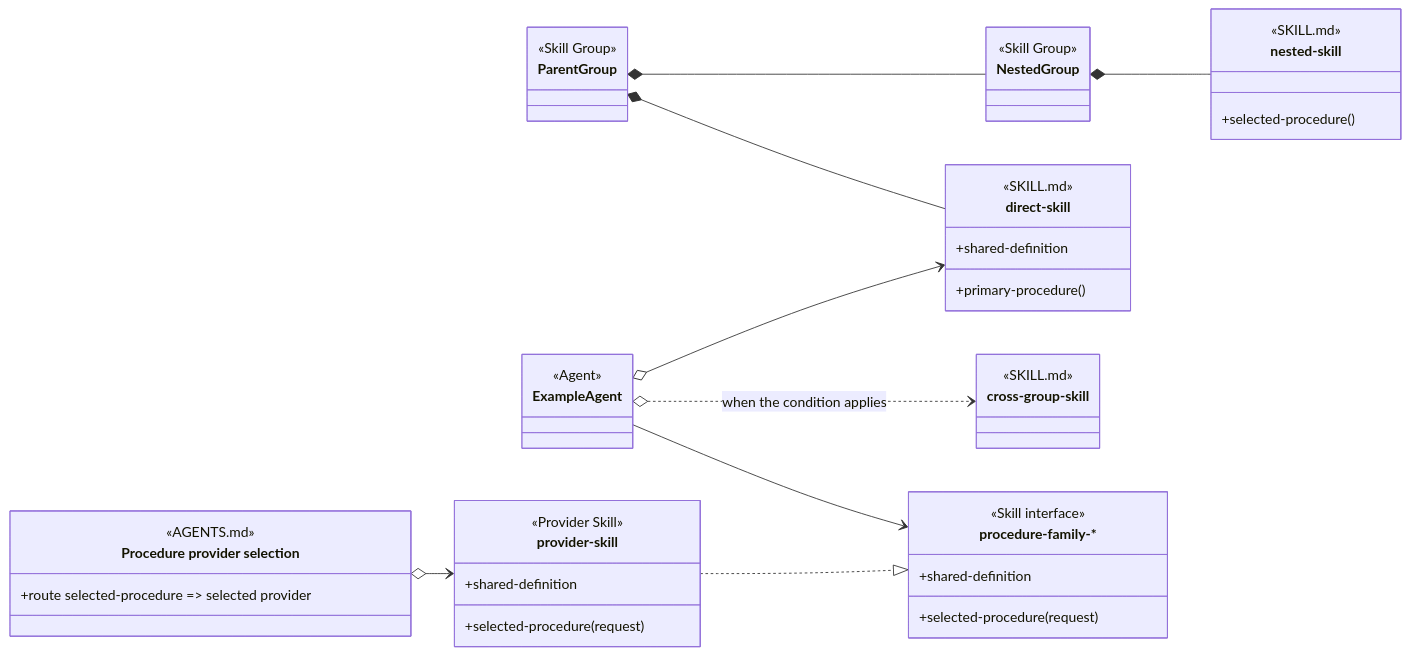
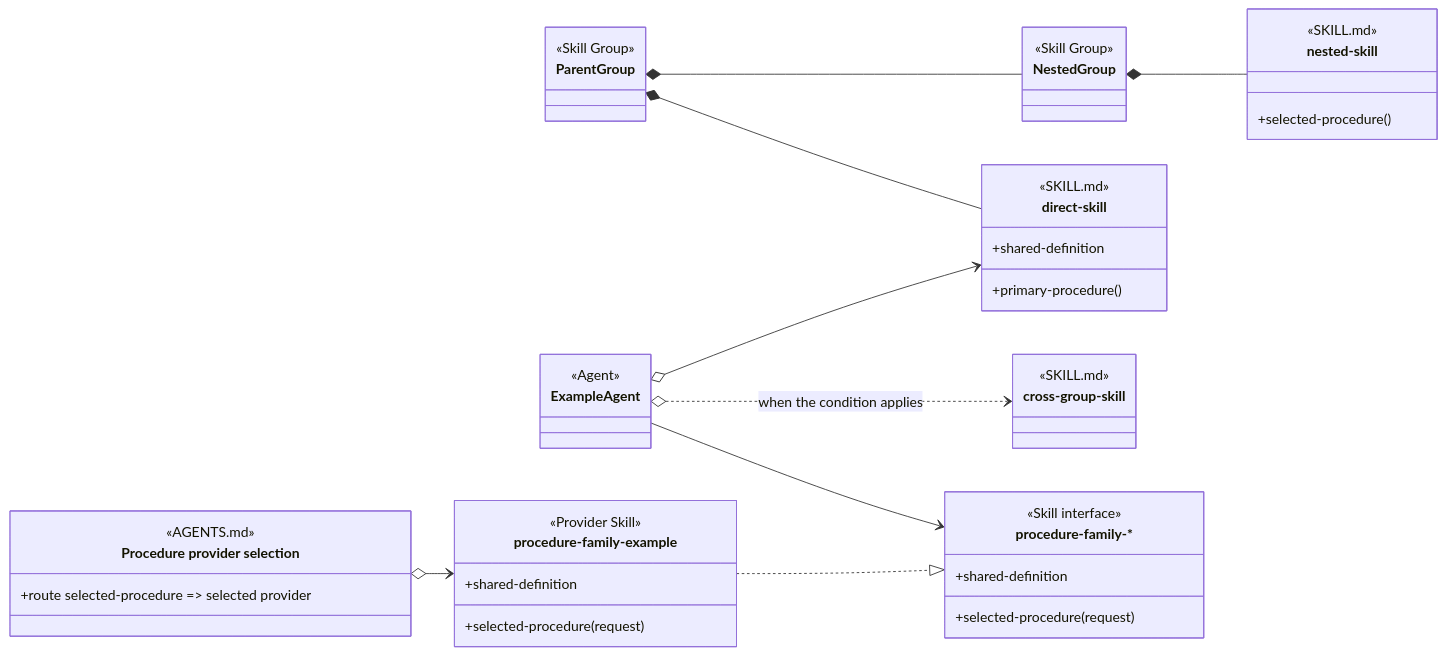
One commit to martinbechard/dev-methodology changed the diagram in design/object-oriented-skill-group-models.md. Above: the diagram before and after it, drawn with Mermaid. The commit also changed other lines of this file and 4 other files, not shown here.

Commit message:
Normalize provider family naming model

````diff
--- a/design/object-oriented-skill-group-models.md
+++ b/design/object-oriented-skill-group-models.md
@@ -52,61 +52,61 @@
 ```mermaid
 classDiagram
     direction LR
 
     class ExampleAgent {
         <<Agent>>
     }
 
     class ParentGroup {
         <<Skill Group>>
     }
 
     class NestedGroup {
         <<Skill Group>>
     }
 
     class direct-skill {
         <<SKILL.md>>
         <<Agent Skill>>
         +primary-procedure()
         +shared-definition
     }
 
     class nested-skill {
         <<SKILL.md>>
         +selected-procedure()
     }
 
     class cross-group-skill {
         <<SKILL.md>>
         <<Cross-group>>
     }
 
     class ProcedureInterface["procedure-family-*"] {
         <<Skill interface>>
         +shared-definition
         +selected-procedure(request)
     }
 
     class ProcedureFactory["Procedure provider selection"] {
         <<AGENTS.md>>
         <<routing>>
         +route selected-procedure => selected provider
     }
 
-    class provider-skill {
+    class procedure-family-example {
         <<Provider Skill>>
         +shared-definition
         +selected-procedure(request)
     }
 
     ParentGroup *-- direct-skill
     ParentGroup *-- NestedGroup
     NestedGroup *-- nested-skill
 
     ExampleAgent o--> direct-skill
     ExampleAgent o..> cross-group-skill : when the condition applies
     ExampleAgent --> ProcedureInterface
-    ProcedureFactory o--> provider-skill
-    provider-skill ..|> ProcedureInterface
+    ProcedureFactory o--> procedure-family-example
+    procedure-family-example ..|> ProcedureInterface
 ```
````
